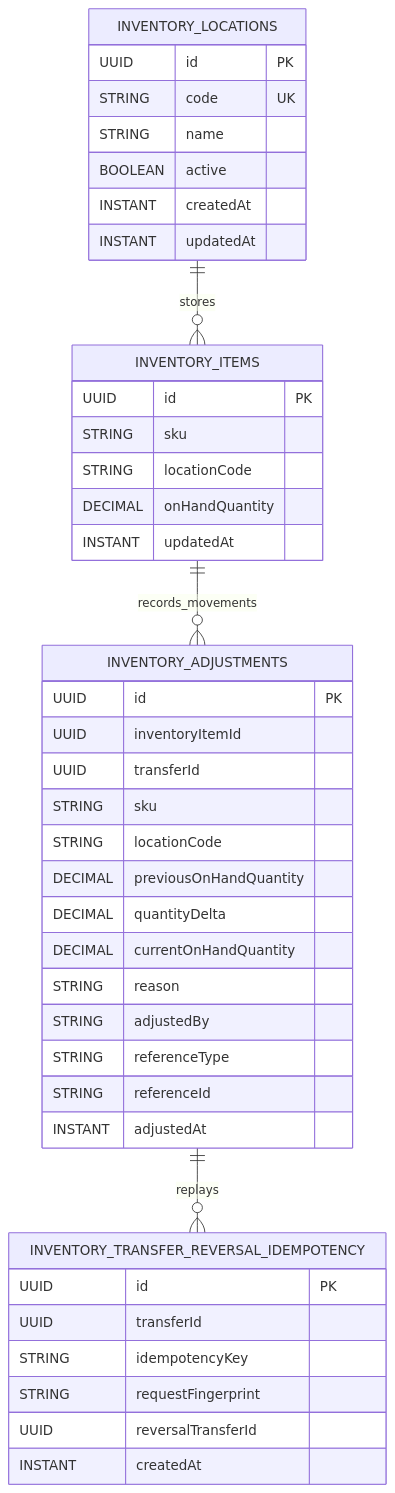
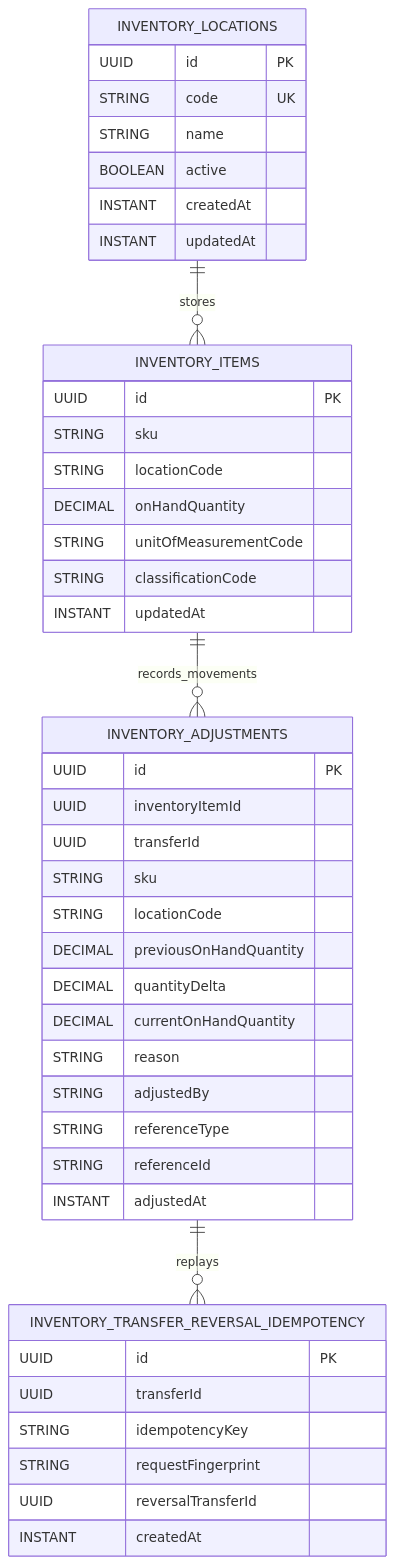
One commit to ArcanaERP/platform changed the diagram in docs/inventory-data-model.md. Above: the diagram before and after it, drawn with Mermaid. The commit also changed other lines of this file and 8 other files, not shown here.

````diff
--- a/docs/inventory-data-model.md
+++ b/docs/inventory-data-model.md
@@ -7,48 +7,50 @@
 ```mermaid
 erDiagram
     INVENTORY_LOCATIONS ||--o{ INVENTORY_ITEMS : stores
     INVENTORY_ITEMS ||--o{ INVENTORY_ADJUSTMENTS : records_movements
     INVENTORY_ADJUSTMENTS ||--o{ INVENTORY_TRANSFER_REVERSAL_IDEMPOTENCY : replays
 
     INVENTORY_LOCATIONS {
       UUID id PK
       STRING code UK
       STRING name
       BOOLEAN active
       INSTANT createdAt
       INSTANT updatedAt
     }
 
     INVENTORY_ITEMS {
       UUID id PK
       STRING sku
       STRING locationCode
       DECIMAL onHandQuantity
+      STRING unitOfMeasurementCode
+      STRING classificationCode
       INSTANT updatedAt
     }
 
     INVENTORY_ADJUSTMENTS {
       UUID id PK
       UUID inventoryItemId
       UUID transferId
       STRING sku
       STRING locationCode
       DECIMAL previousOnHandQuantity
       DECIMAL quantityDelta
       DECIMAL currentOnHandQuantity
       STRING reason
       STRING adjustedBy
       STRING referenceType
       STRING referenceId
       INSTANT adjustedAt
     }
 
     INVENTORY_TRANSFER_REVERSAL_IDEMPOTENCY {
       UUID id PK
       UUID transferId
       STRING idempotencyKey
       STRING requestFingerprint
       UUID reversalTransferId
       INSTANT createdAt
     }
 ```
````
